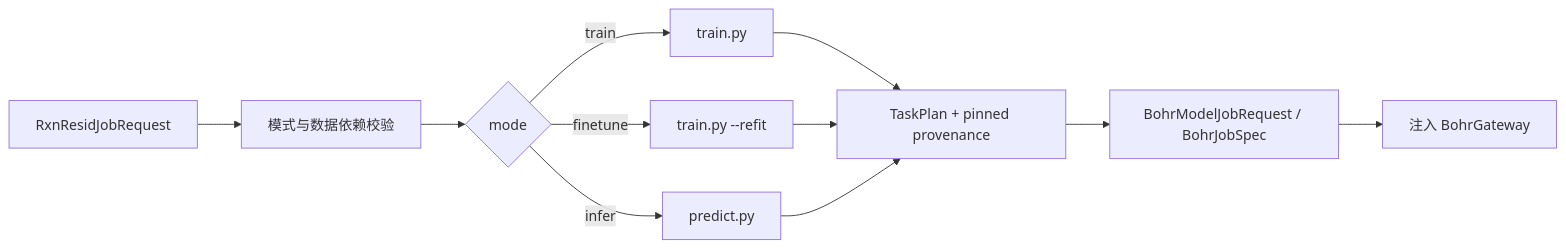
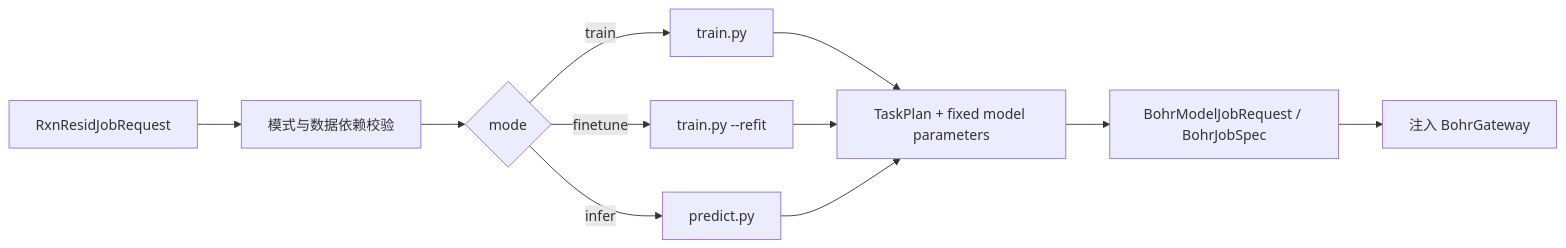
Before and after one commit to gentle1999/TriCycle: the diagram in packages/tricycle-sar/README.md, drawn with Mermaid. The commit also changed other lines of this file and 434 other files, not shown here.

````diff
--- a/packages/tricycle-sar/README.md
+++ b/packages/tricycle-sar/README.md
@@ -57,13 +259,13 @@
 ```mermaid
 flowchart LR
     Q["RxnResidJobRequest"] --> V["模式与数据依赖校验"]
     V --> C{"mode"}
     C -->|train| T["train.py"]
     C -->|finetune| F["train.py --refit"]
     C -->|infer| I["predict.py"]
-    T --> P["TaskPlan + pinned provenance"]
+    T --> P["TaskPlan + fixed model parameters"]
     F --> P
     I --> P
     P --> B["BohrModelJobRequest / BohrJobSpec"]
     B --> G["注入 BohrGateway"]
 ```
````
